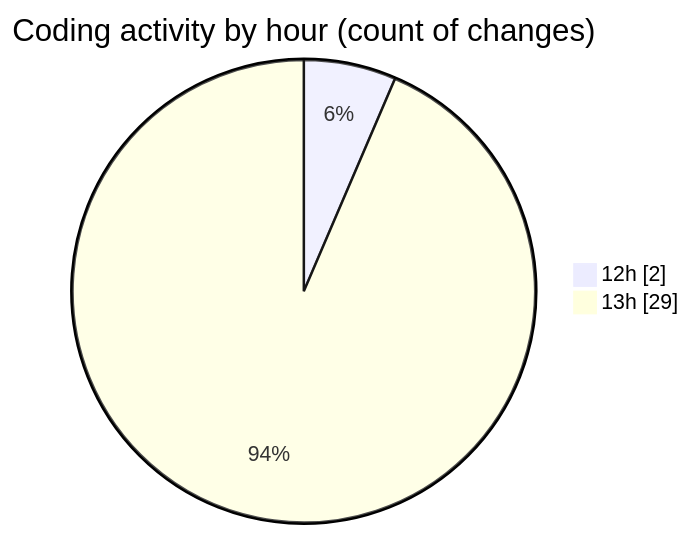
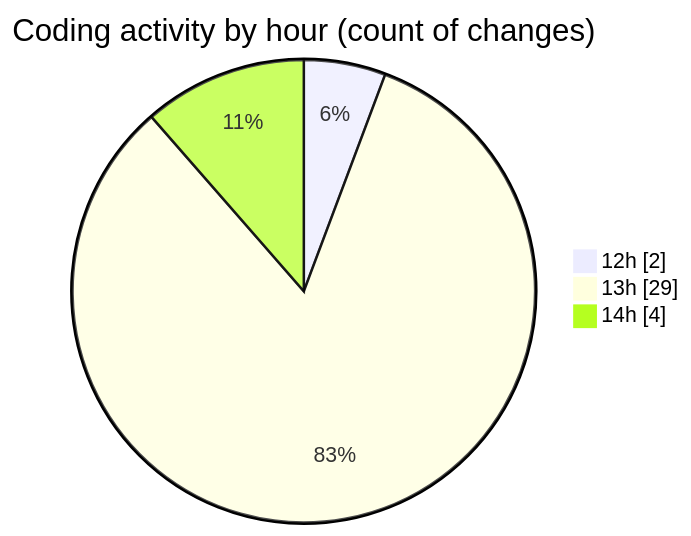
One commit to idhammustaqopulfikri/code-tracking changed the second of 2 diagrams in 2025-06-20/studio-backend/README.md. Above: the diagram before and after it, drawn with Mermaid. The commit also changed other lines of this file and 1 other file, not shown here.

````diff
--- a/2025-06-20/studio-backend/README.md
+++ b/2025-06-20/studio-backend/README.md
@@ -31,6 +31,7 @@
 ```mermaid
 pie showData
 title Coding activity by hour (count of changes)
 "12h" : 2
 "13h" : 29
+"14h" : 4
 ```
````
